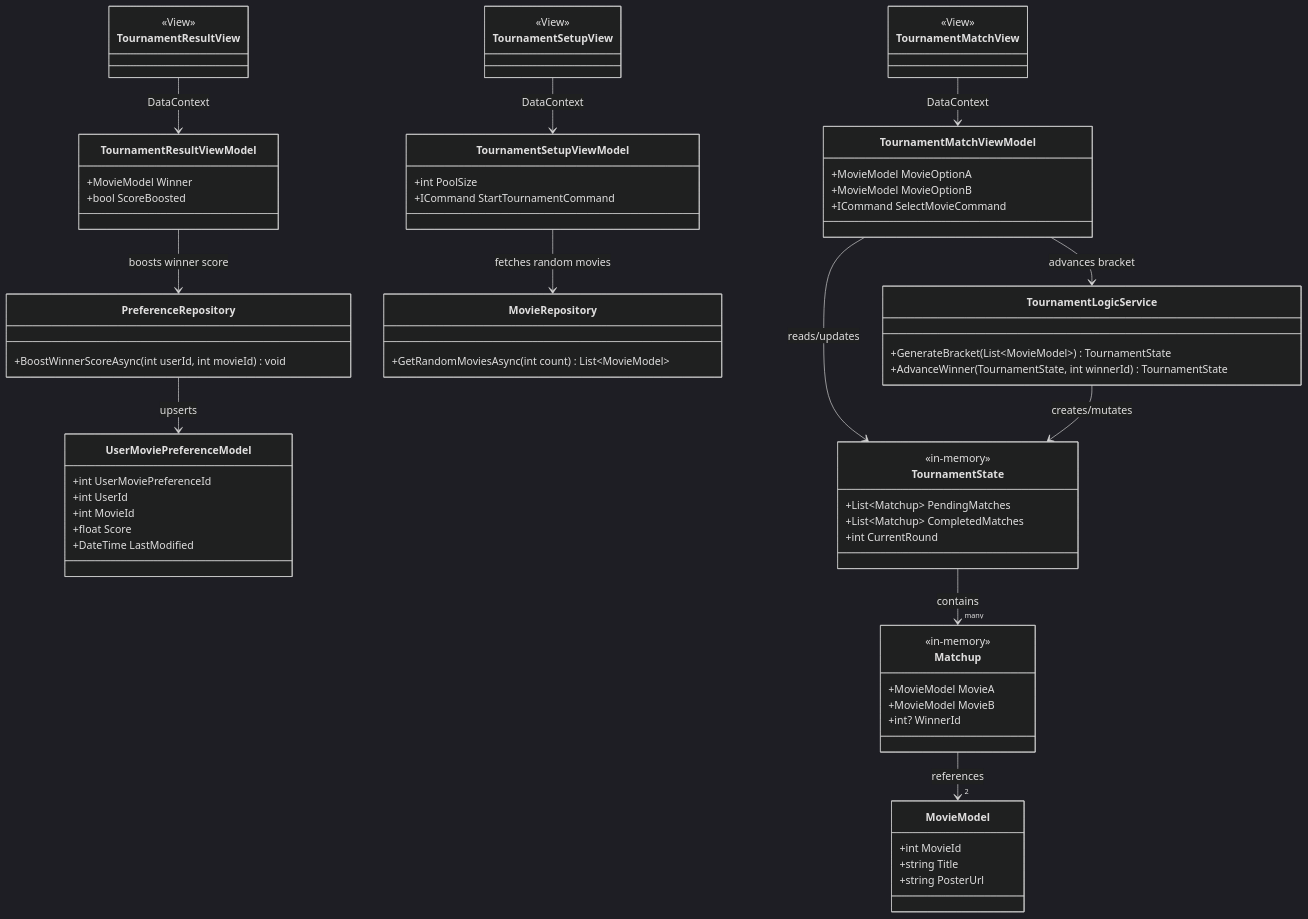
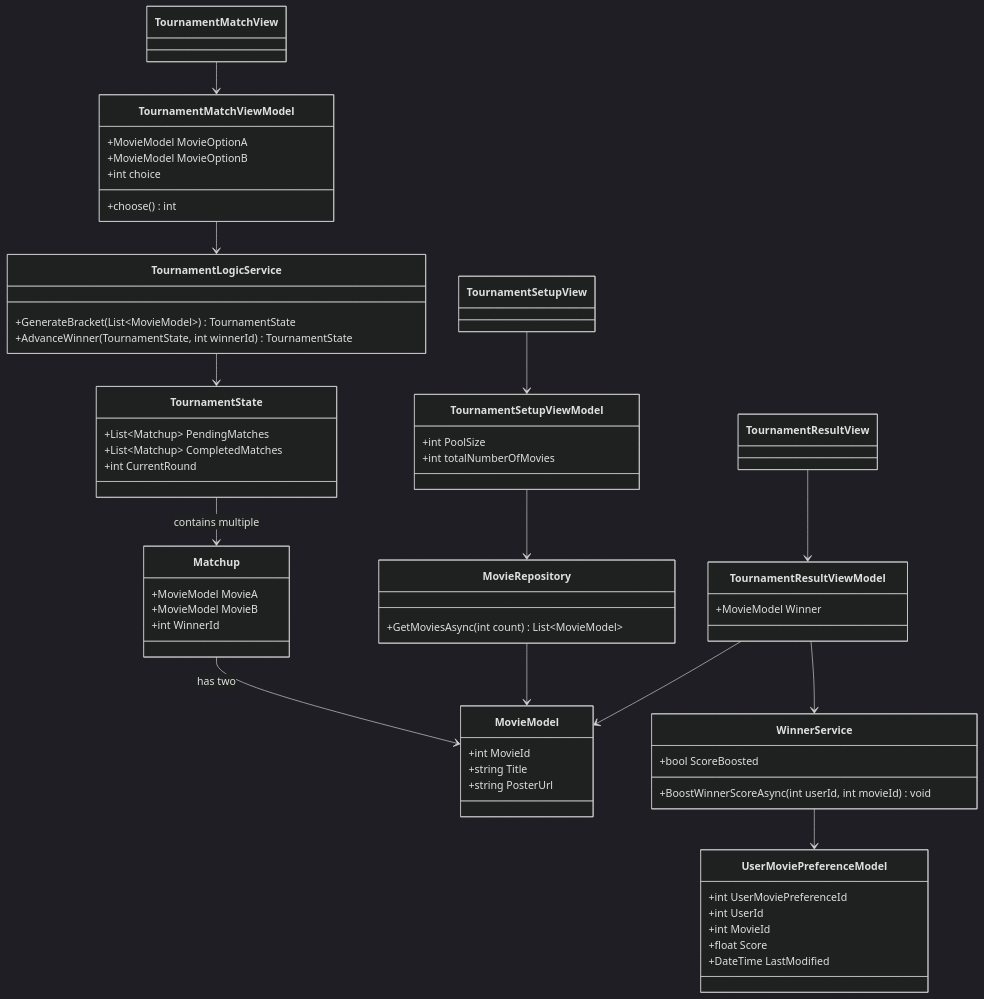
The diagram in Docs/class_diagram_Gabi.md (waytoounoriginal/ubb-se-2026-meio-ai), drawn with Mermaid (dark theme) before and after one commit. The commit also changed 2 other files, not shown here.

Commit message:
Fixed my part

````diff
--- a/Docs/class_diagram_Gabi.md
+++ b/Docs/class_diagram_Gabi.md
@@ -20,21 +20,20 @@
     }
 
     class TournamentState {
-        <<in-memory>>
+        
         +List~Matchup~ PendingMatches
         +List~Matchup~ CompletedMatches
         +int CurrentRound
     }
 
     class Matchup {
-        <<in-memory>>
         +MovieModel MovieA
         +MovieModel MovieB
-        +int? WinnerId
+        +int WinnerId
     }
 
-    TournamentState --> "many" Matchup : contains
-    Matchup --> "2" MovieModel : references
+    TournamentState -->  Matchup : contains multiple
+    Matchup -->  MovieModel : has two
 
     %% ── Services ──
     class TournamentLogicService {
@@ -43,52 +42,57 @@
     }
 
     class MovieRepository {
-        +GetRandomMoviesAsync(int count) List~MovieModel~
+        +GetMoviesAsync(int count) List~MovieModel~
     }
 
-    class PreferenceRepository {
+    class WinnerService {
         +BoostWinnerScoreAsync(int userId, int movieId) void
-    }
+        +bool ScoreBoosted
+    }    
 
     %% ── ViewModels ──
     class TournamentSetupViewModel {
         +int PoolSize
-        +ICommand StartTournamentCommand
+        +int totalNumberOfMovies
+        
     }
 
     class TournamentMatchViewModel {
         +MovieModel MovieOptionA
         +MovieModel MovieOptionB
-        +ICommand SelectMovieCommand
+        +int choice
+        +choose() int
     }
 
     class TournamentResultViewModel {
         +MovieModel Winner
-        +bool ScoreBoosted
+        
     }
 
     %% ── Views ──
     class TournamentSetupView {
-        <<View>>
+        
     }
 
     class TournamentMatchView {
-        <<View>>
+      
     }
 
     class TournamentResultView {
-        <<View>>
+    
     }
 
     %% ── Relationships ──
-    TournamentSetupView --> TournamentSetupViewModel : DataContext
-    TournamentMatchView --> TournamentMatchViewModel : DataContext
-    TournamentResultView --> TournamentResultViewModel : DataContext
-
-    TournamentSetupViewModel --> MovieRepository : fetches random movies
-    TournamentMatchViewModel --> TournamentLogicService : advances bracket
-    TournamentMatchViewModel --> TournamentState : reads/updates
-    TournamentResultViewModel --> PreferenceRepository : boosts winner score
-    TournamentLogicService --> TournamentState : creates/mutates
-    PreferenceRepository --> UserMoviePreferenceModel : upserts
+    TournamentSetupView --> TournamentSetupViewModel 
+    TournamentMatchView --> TournamentMatchViewModel 
+    TournamentResultView --> TournamentResultViewModel 
+    TournamentResultViewModel -->MovieModel
+    TournamentSetupViewModel --> MovieRepository 
+    TournamentMatchViewModel --> TournamentLogicService 
+     
+    TournamentResultViewModel --> WinnerService 
+    TournamentLogicService --> TournamentState 
+    MovieRepository -->MovieModel
+    WinnerService --> UserMoviePreferenceModel 
+    
 ```
````
